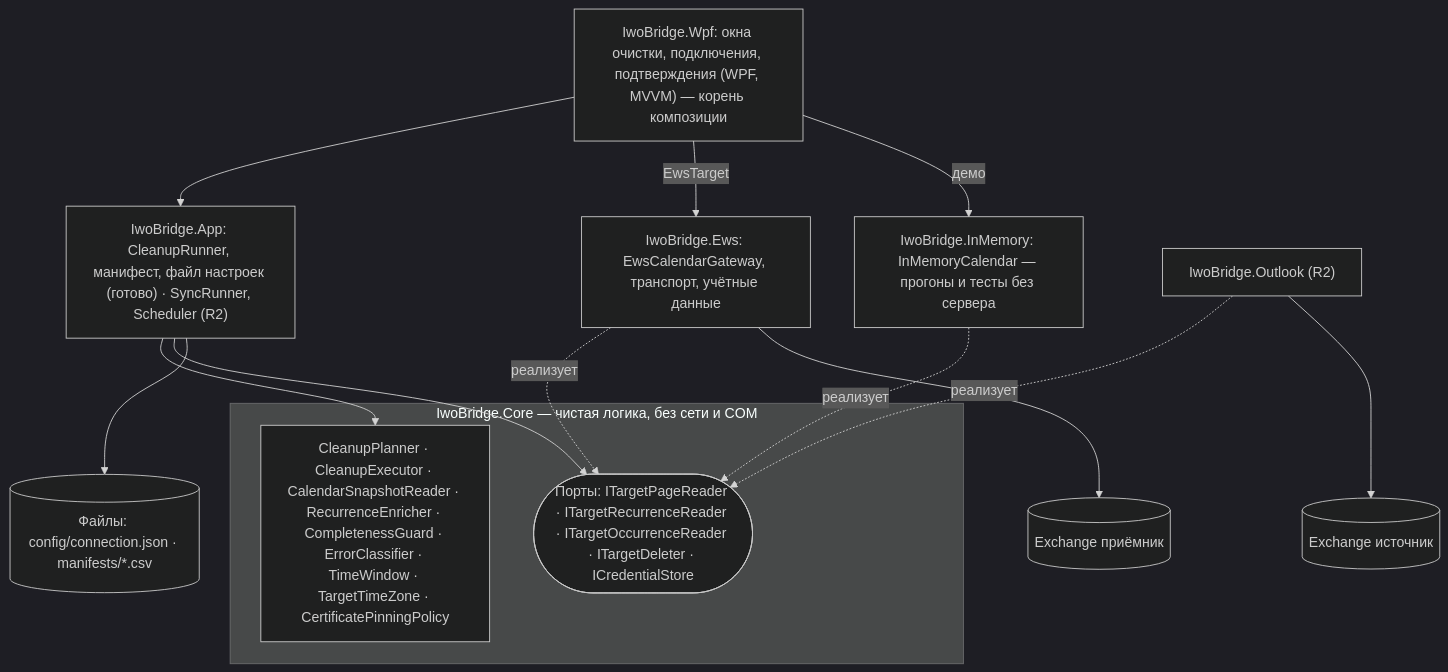
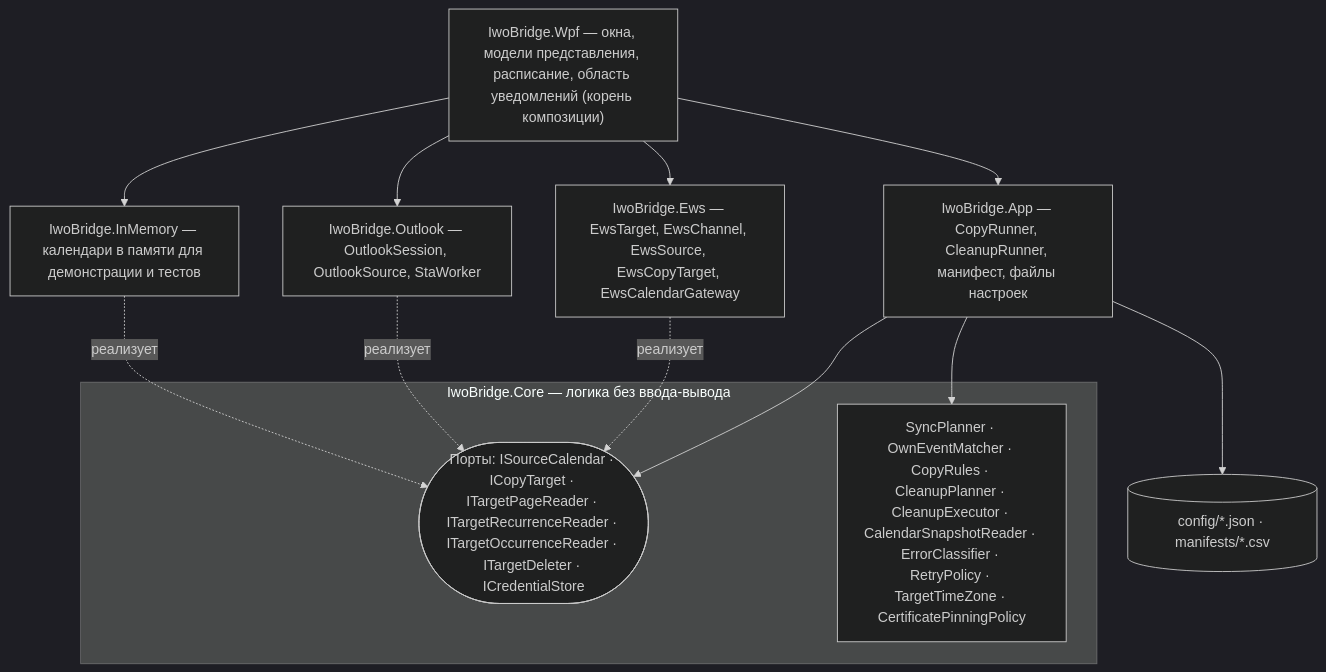
Before and after one commit to DedovMosol/iwo-Calendar-Bridge: the second of 6 diagrams in docs/ARCHITECTURE.md, drawn with Mermaid (dark theme). The commit also changed other lines of this file and 55 other files, not shown here.

Commit message:
Remove planning docs, justify README and ARCHITECTURE

````diff
--- a/docs/ARCHITECTURE.md
+++ b/docs/ARCHITECTURE.md
@@ -56,30 +47,26 @@
 ```mermaid
 flowchart TB
-  GUI["IwoBridge.Wpf: окна очистки, подключения, подтверждения (WPF, MVVM) — корень композиции"]
-  APPL["IwoBridge.App: CleanupRunner, манифест, файл настроек (готово) · SyncRunner, Scheduler (R2)"]
-  FILES[("Файлы: config/connection.json · manifests/*.csv")]
+  GUI["IwoBridge.Wpf — окна, модели представления, расписание, область уведомлений (корень композиции)"]
+  APPL["IwoBridge.App — CopyRunner, CleanupRunner, манифест, файлы настроек"]
+  FILES[("config/*.json · manifests/*.csv")]
 
-  subgraph CORE["IwoBridge.Core — чистая логика, без сети и COM"]
-    PORTS(["Порты: ITargetPageReader · ITargetRecurrenceReader · ITargetOccurrenceReader · ITargetDeleter · ICredentialStore"])
-    LOGIC["CleanupPlanner · CleanupExecutor · CalendarSnapshotReader · RecurrenceEnricher · CompletenessGuard · ErrorClassifier · TimeWindow · TargetTimeZone · CertificatePinningPolicy"]
+  subgraph CORE["IwoBridge.Core — логика без ввода-вывода"]
+    PORTS(["Порты: ISourceCalendar · ICopyTarget · ITargetPageReader · ITargetRecurrenceReader · ITargetOccurrenceReader · ITargetDeleter · ICredentialStore"])
+    LOGIC["SyncPlanner · OwnEventMatcher · CopyRules · CleanupPlanner · CleanupExecutor · CalendarSnapshotReader · ErrorClassifier · RetryPolicy · TargetTimeZone · CertificatePinningPolicy"]
   end
 
-  EWS["IwoBridge.Ews: EwsCalendarGateway, транспорт, учётные данные"]
-  MEM["IwoBridge.InMemory: InMemoryCalendar — прогоны и тесты без сервера"]
-  OUT["IwoBridge.Outlook (R2)"]
-
-  EX2[("Exchange приёмник")]
-  EX1[("Exchange источник")]
+  EWS["IwoBridge.Ews — EwsTarget, EwsChannel, EwsSource, EwsCopyTarget, EwsCalendarGateway"]
+  OUT["IwoBridge.Outlook — OutlookSession, OutlookSource, StaWorker"]
+  MEM["IwoBridge.InMemory — календари в памяти для демонстрации и тестов"]
 
   GUI --> APPL
-  GUI -->|EwsTarget| EWS
-  GUI -->|демо| MEM
+  GUI --> EWS
+  GUI --> OUT
+  GUI --> MEM
   APPL --> LOGIC
   APPL --> PORTS
   APPL --> FILES
   EWS -.->|реализует| PORTS
+  OUT -.->|реализует| PORTS
   MEM -.->|реализует| PORTS
-  OUT -.->|реализует| PORTS
-  EWS --> EX2
-  OUT --> EX1
 ```
````
